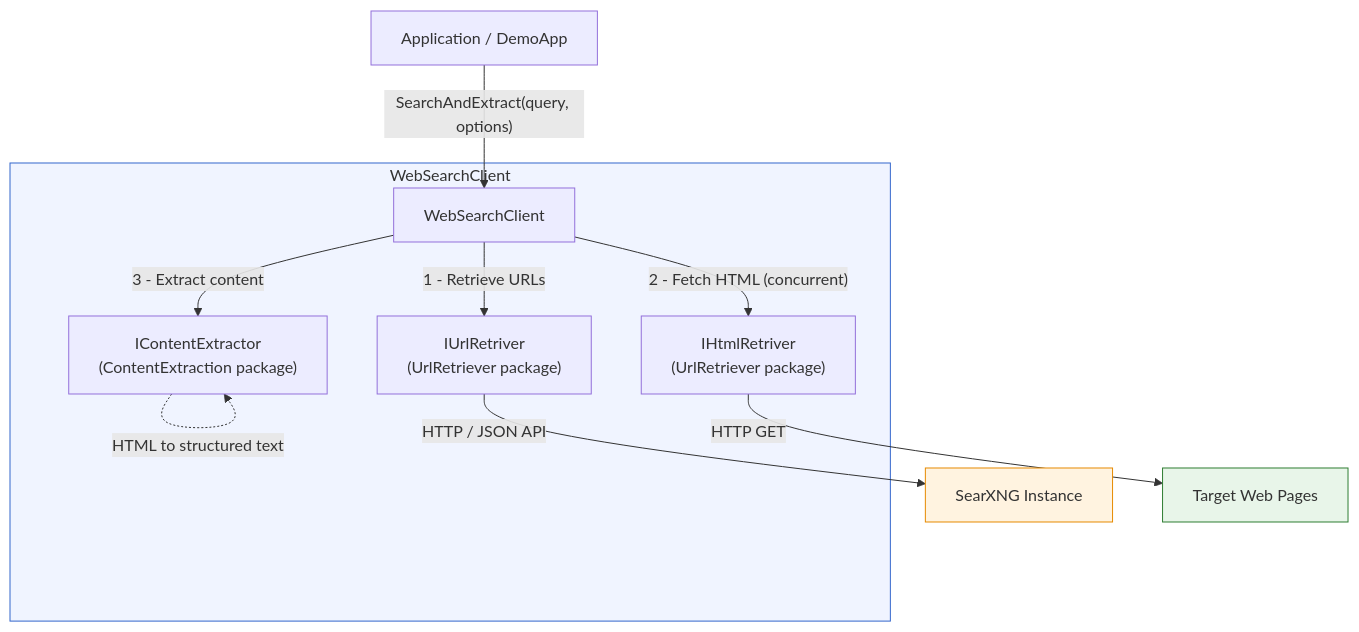
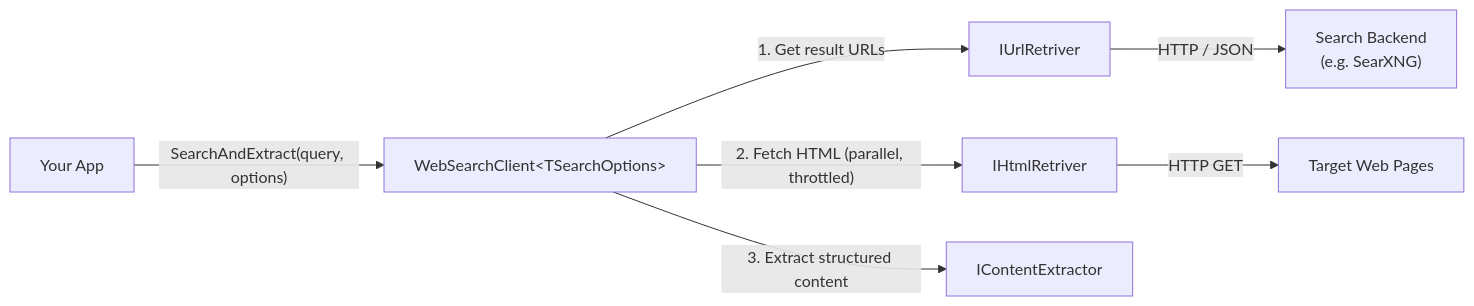
Before and after one commit to DeepSigma-LLC/Dotnet.DeepSigma.DataAccess.WebSearch.WebSearchClient: the diagram in README.md, drawn with Mermaid. The commit also changed other lines of this file and 2 other files, not shown here.

`````diff
--- a/README.md
+++ b/README.md
@@ -442,26 +37,17 @@
-````mermaid
-flowchart TD
-    App["Application / DemoApp"]
-    WSC["WebSearchClient<TSearchOptions>"]
-    UR["IUrlRetriver<TSearchOptions><br/>(UrlRetriever package)"]
-    HR["IHtmlRetriver<br/>(UrlRetriever package)"]
-    CE["IContentExtractor<br/>(ContentExtraction package)"]
-    SearXNG["SearXNG Instance"]
+```mermaid
+flowchart LR
+    App["Your App"]
+    WSC["WebSearchClient&lt;TSearchOptions&gt;"]
+    UR["IUrlRetriver"]
+    HR["IHtmlRetriver"]
+    CE["IContentExtractor"]
+    Backend["Search Backend<br/>(e.g. SearXNG)"]
     Web["Target Web Pages"]
 
     App -->|"SearchAndExtract(query, options)"| WSC
-
-    subgraph orchestrator ["WebSearchClient"]
-        WSC -->|"1 - Retrieve URLs"| UR
-        WSC -->|"2 - Fetch HTML (concurrent)"| HR
-        WSC -->|"3 - Extract content"| CE
-    end
-
-    UR -->|"HTTP / JSON API"| SearXNG
+    WSC -->|"1. Get result URLs"| UR
+    UR -->|"HTTP / JSON"| Backend
+    WSC -->|"2. Fetch HTML (parallel, throttled)"| HR
     HR -->|"HTTP GET"| Web
-    CE -.->|"HTML to structured text"| CE
-
-    style orchestrator fill:#f0f4ff,stroke:#3366cc
-    style SearXNG fill:#fff3e0,stroke:#e68a00
-    style Web fill:#e8f5e9,stroke:#2e7d32
-````
+    WSC -->|"3. Extract structured content"| CE
+```
`````
